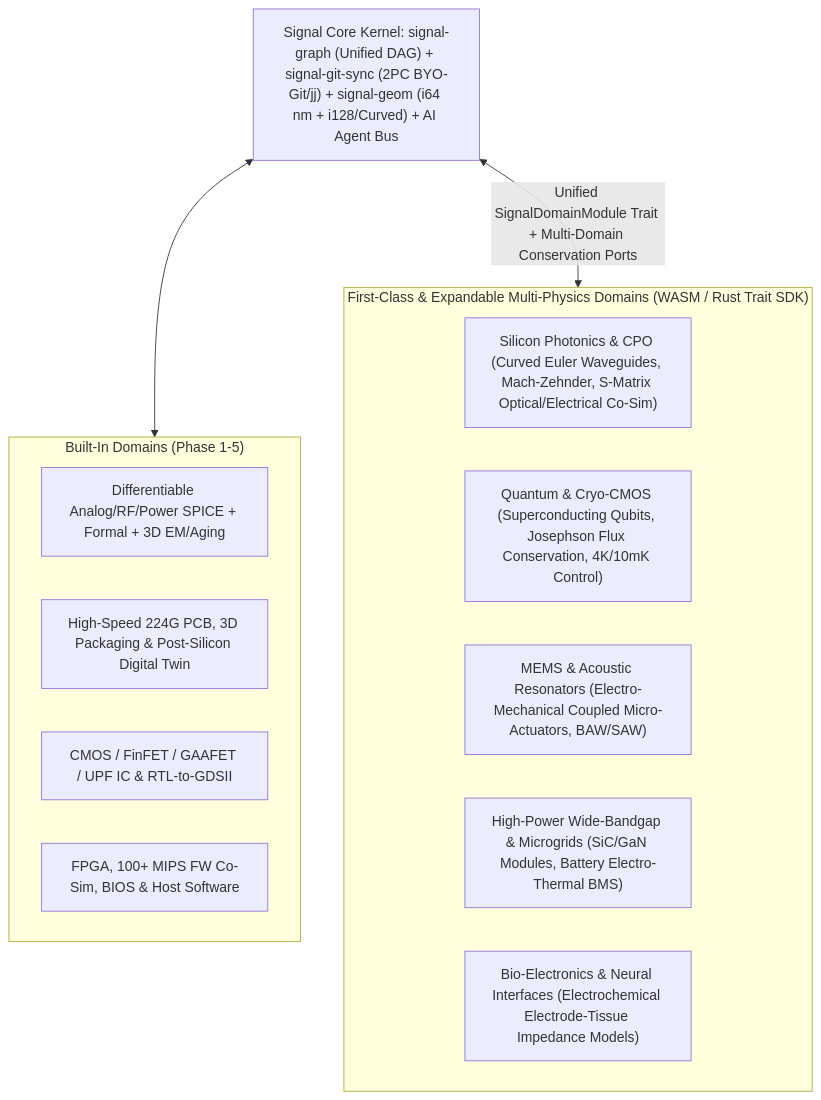
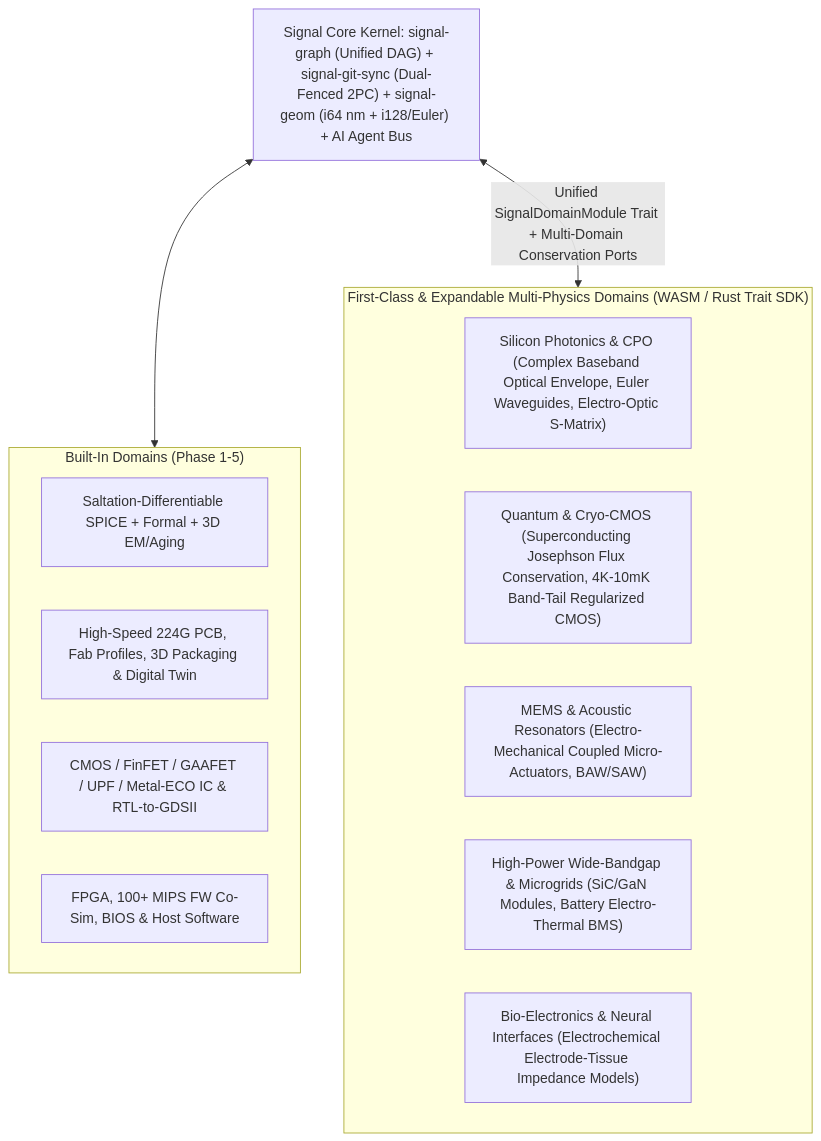
The second of 2 diagrams in architecture/14-universal-scale-accessibility-and-expandability.md (the-code-master/signal), drawn with Mermaid before and after one commit. The commit also changed other lines of this file and 21 other files, not shown here.

Commit message:
docs: complete deep first-principles architecture vetting (F-113..F-148) and 2-pass scrub

````diff
--- a/architecture/14-universal-scale-accessibility-and-expandability.md
+++ b/architecture/14-universal-scale-accessibility-and-expandability.md
@@ -90,22 +89,22 @@
 ```mermaid
 flowchart TB
-    Kernel["Signal Core Kernel: signal-graph (Unified DAG) + signal-git-sync (2PC BYO-Git/jj) + signal-geom (i64 nm + i128/Curved) + AI Agent Bus"]
+    Kernel["Signal Core Kernel: signal-graph (Unified DAG) + signal-git-sync (Dual-Fenced 2PC) + signal-geom (i64 nm + i128/Euler) + AI Agent Bus"]
 
     subgraph Today["Built-In Domains (Phase 1-5)"]
-        D1["Differentiable Analog/RF/Power SPICE + Formal + 3D EM/Aging"]
-        D2["High-Speed 224G PCB, 3D Packaging & Post-Silicon Digital Twin"]
-        D3["CMOS / FinFET / GAAFET / UPF IC & RTL-to-GDSII"]
+        D1["Saltation-Differentiable SPICE + Formal + 3D EM/Aging"]
+        D2["High-Speed 224G PCB, Fab Profiles, 3D Packaging & Digital Twin"]
+        D3["CMOS / FinFET / GAAFET / UPF / Metal-ECO IC & RTL-to-GDSII"]
         D4["FPGA, 100+ MIPS FW Co-Sim, BIOS & Host Software"]
     end
 
     subgraph Future["First-Class & Expandable Multi-Physics Domains (WASM / Rust Trait SDK)"]
-        F1["Silicon Photonics & CPO (Curved Euler Waveguides, Mach-Zehnder, S-Matrix Optical/Electrical Co-Sim)"]
-        F2["Quantum & Cryo-CMOS (Superconducting Qubits, Josephson Flux Conservation, 4K/10mK Control)"]
+        F1["Silicon Photonics & CPO (Complex Baseband Optical Envelope, Euler Waveguides, Electro-Optic S-Matrix)"]
+        F2["Quantum & Cryo-CMOS (Superconducting Josephson Flux Conservation, 4K-10mK Band-Tail Regularized CMOS)"]
         F3["MEMS & Acoustic Resonators (Electro-Mechanical Coupled Micro-Actuators, BAW/SAW)"]
         F4["High-Power Wide-Bandgap & Microgrids (SiC/GaN Modules, Battery Electro-Thermal BMS)"]
         F5["Bio-Electronics & Neural Interfaces (Electrochemical Electrode-Tissue Impedance Models)"]
     end
 
     Kernel <--> Today
     Kernel <-->|"Unified SignalDomainModule Trait + Multi-Domain Conservation Ports"| Future
 ```
````
